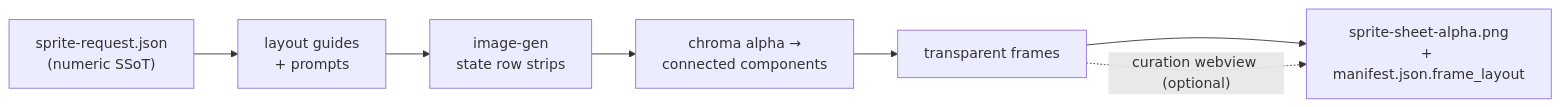
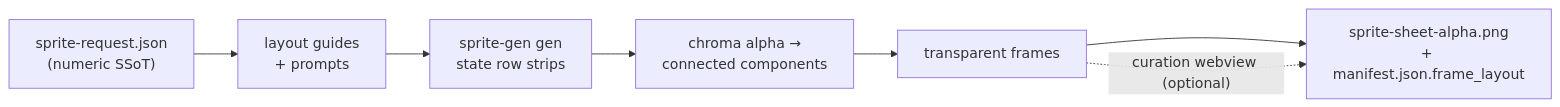
One commit to aldegad/sprite-gen changed the diagram in README.ja.md. Above: the diagram before and after it, drawn with Mermaid. The commit also changed other lines of this file and 7 other files, not shown here.

````diff
--- a/README.ja.md
+++ b/README.ja.md
@@ -35,9 +35,9 @@
 ```mermaid
 flowchart LR
     REQ["sprite-request.json<br/>(numeric SSoT)"] --> GUIDES["layout guides<br/>+ prompts"]
-    GUIDES --> GEN["image-gen<br/>state row strips"]
+    GUIDES --> GEN["sprite-gen gen<br/>state row strips"]
     GEN --> EXTRACT["chroma alpha →<br/>connected components"]
     EXTRACT --> FRAMES["transparent frames"]
     FRAMES --> ATLAS["sprite-sheet-alpha.png<br/>+ manifest.json.frame_layout"]
     FRAMES -. "curation webview (optional)" .-> ATLAS
 ```
````
